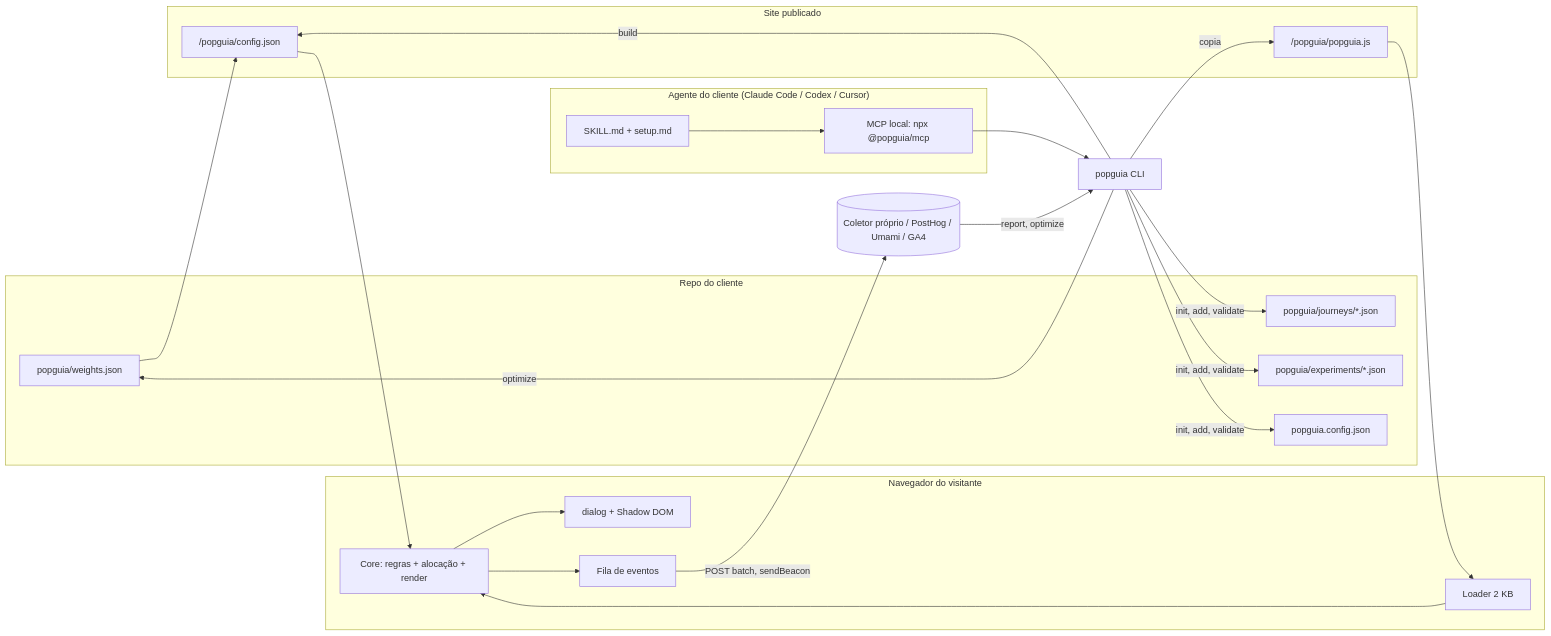
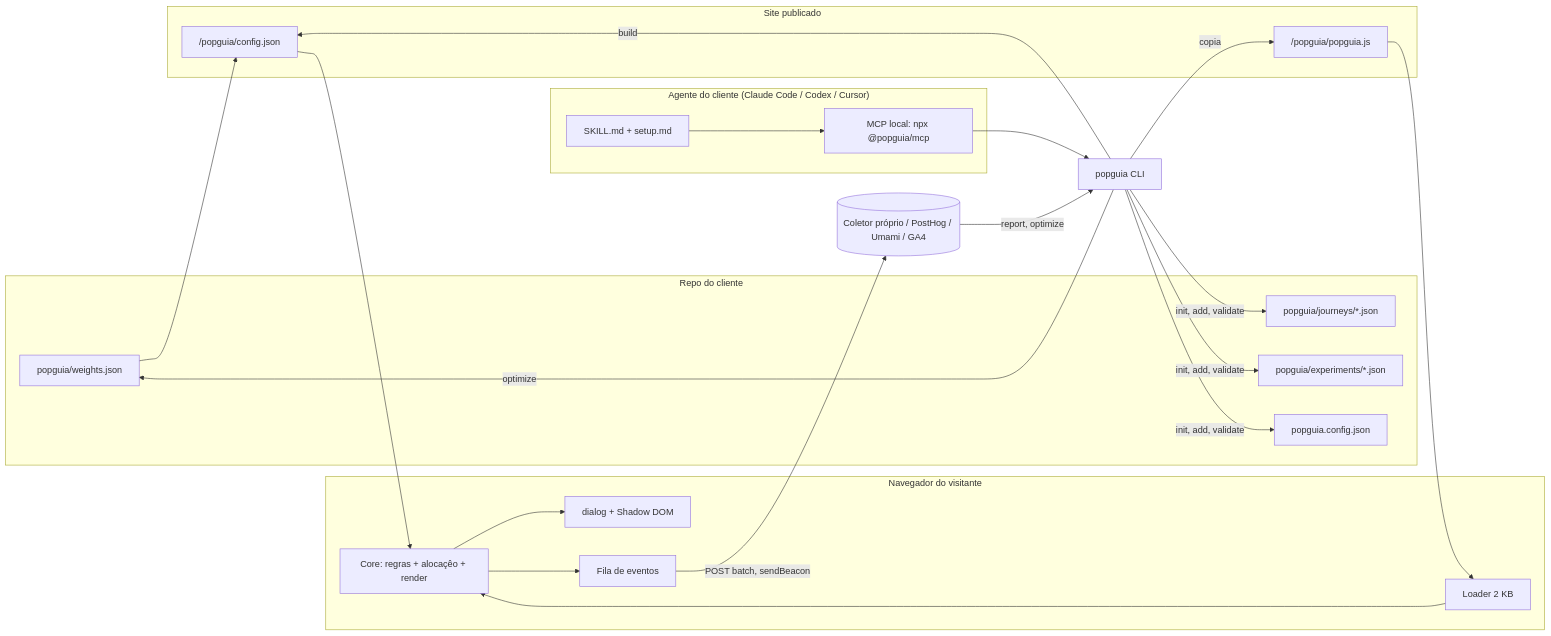
The diagram in docs/04-arquitetura.md (linnoff88-dev/arckhe-popguia), drawn with Mermaid before and after one commit. The commit also changed other lines of this file and 10 other files, not shown here.

````diff
--- a/docs/04-arquitetura.md
+++ b/docs/04-arquitetura.md
@@ -28,34 +28,34 @@
 ```mermaid
 flowchart LR
   subgraph Cliente["Repo do cliente"]
     J[popguia/journeys/*.json]
     E[popguia/experiments/*.json]
     W[popguia/weights.json]
     C[popguia.config.json]
   end
   subgraph Agente["Agente do cliente (Claude Code / Codex / Cursor)"]
     S[SKILL.md + setup.md]
     M[MCP local: npx @popguia/mcp]
   end
   CLI[popguia CLI]
   subgraph Site["Site publicado"]
     CFG["/popguia/config.json"]
     JS["/popguia/popguia.js"]
   end
   subgraph Nav["Navegador do visitante"]
-    L["Loader 2 KB"] --> CORE["Core: regras + alocação + render"]
+    L["Loader 2 KB"] --> CORE["Core: regras + alocaçêo + render"]
     CORE --> D["dialog + Shadow DOM"]
     CORE --> EV["Fila de eventos"]
   end
   SINK[("Coletor próprio / PostHog / Umami / GA4")]
   S --> M --> CLI
   CLI -- "init, add, validate" --> J & E & C
   CLI -- "build" --> CFG
   CLI -- "copia" --> JS
   JS --> L
   CFG --> CORE
   W --> CFG
   EV -- "POST batch, sendBeacon" --> SINK
   SINK -- "report, optimize" --> CLI
   CLI -- "optimize" --> W
 ```
````
